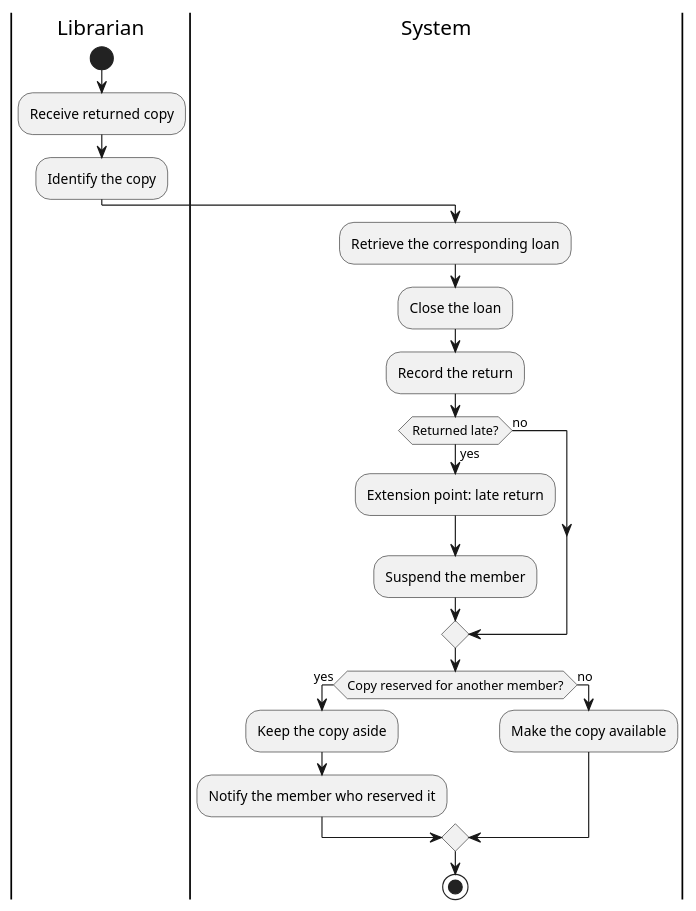
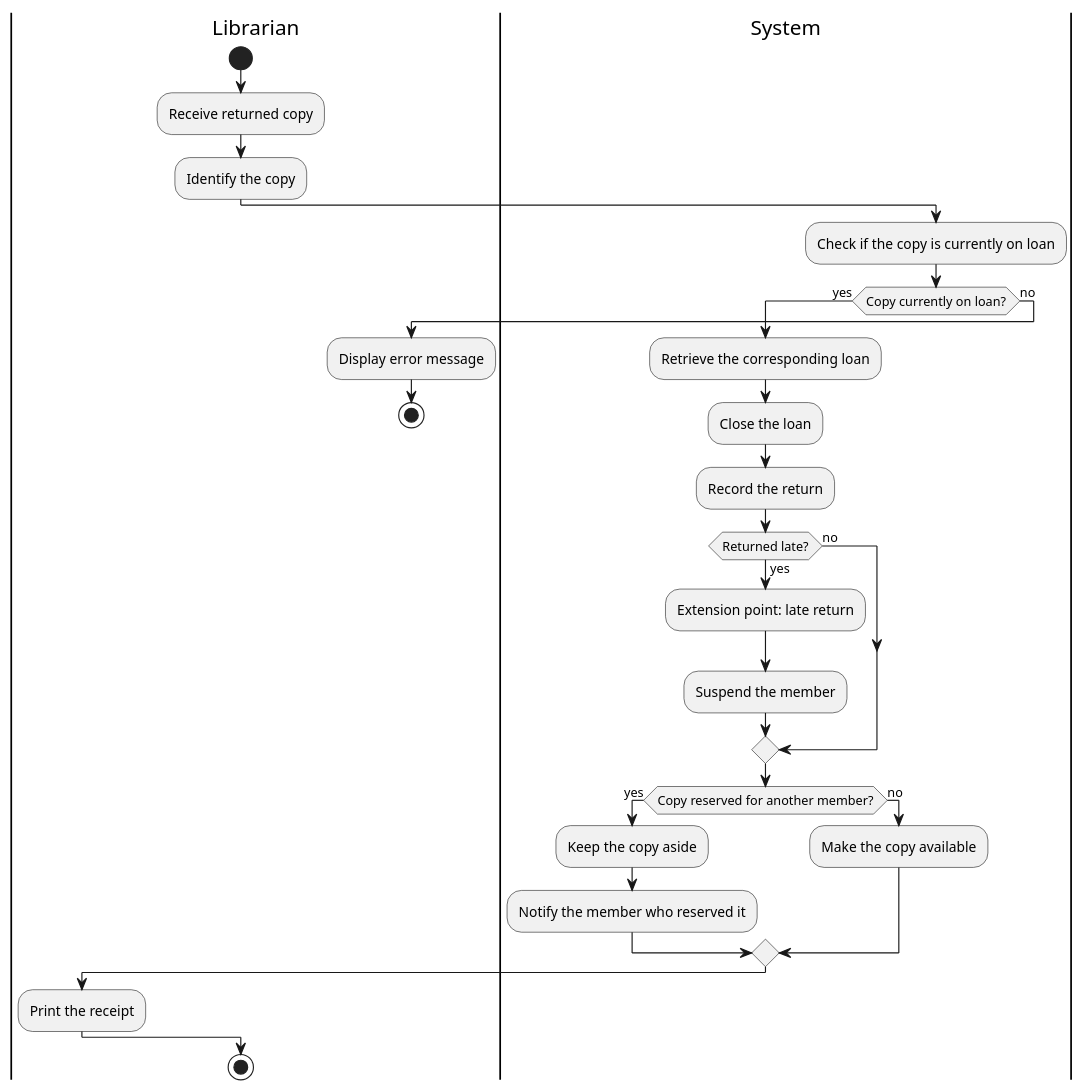
One commit to salsabeelda/tp2-library changed the diagram in docs/uml/register-return-activity.puml. Above: the diagram before and after it, drawn with PlantUML. The commit also changed other lines of this file and 4 other files, not shown here.

```diff
--- a/docs/uml/register-return-activity.puml
+++ b/docs/uml/register-return-activity.puml
@@ -2,28 +3,40 @@
 @startuml
 
 |Librarian|
 start
 :Receive returned copy;
 :Identify the copy;
 
 |System|
-:Retrieve the corresponding loan;
-:Close the loan;
-:Record the return;
+:Check if the copy is currently on loan;
 
-if (Returned late?) then (yes)
-    :Extension point: late return;
-    :Suspend the member;
+if (Copy currently on loan?) then (yes)
+
+    :Retrieve the corresponding loan;
+    :Close the loan;
+    :Record the return;
+
+    if (Returned late?) then (yes)
+        :Extension point: late return;
+        :Suspend the member;
+    else (no)
+    endif
+
+    if (Copy reserved for another member?) then (yes)
+        :Keep the copy aside;
+        :Notify the member who reserved it;
+    else (no)
+        :Make the copy available;
+    endif
+
+    |Librarian|
+    :Print the receipt;
+
 else (no)
-endif
-
-if (Copy reserved for another member?) then (yes)
-    :Keep the copy aside;
-    :Notify the member who reserved it;
-else (no)
-    :Make the copy available;
+    :Display error message;
+    stop
 endif
 
 stop
 
 @enduml
```
